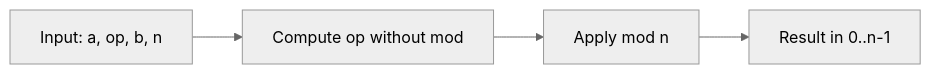
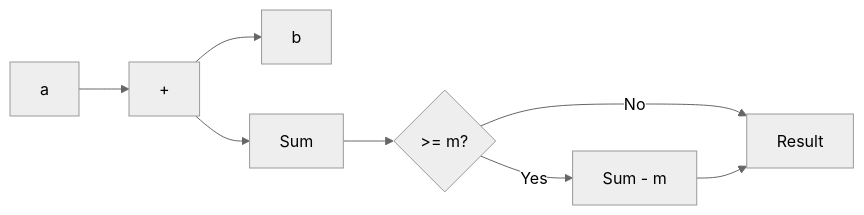
Before and after one commit to Ashutosh-Repos/cryptography: the fourth of 14 diagrams in README.md, drawn with Mermaid (neutral theme). The commit also changed other lines of this file, not shown here.

````diff
--- a/README.md
+++ b/README.md
@@ -115,6 +160,9 @@
 ```mermaid
-graph LR
-    A[Input: a, op, b, n] --> B[Compute op without mod]
-    B --> C[Apply mod n]
-    C --> D[Result in 0..n-1]
+flowchart LR
+    A[a] --> B[+] --> C[b]
+    B --> D[Sum]
+    D --> E{>= m?}
+    E -->|Yes| F[Sum - m]
+    E -->|No| G[Result]
+    F --> G
 ```
````
